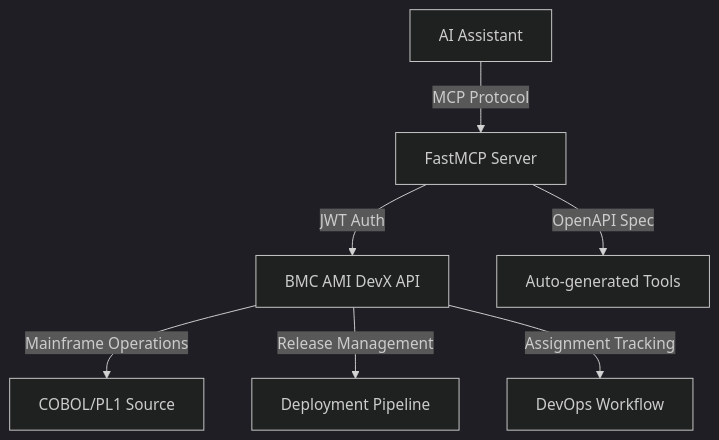
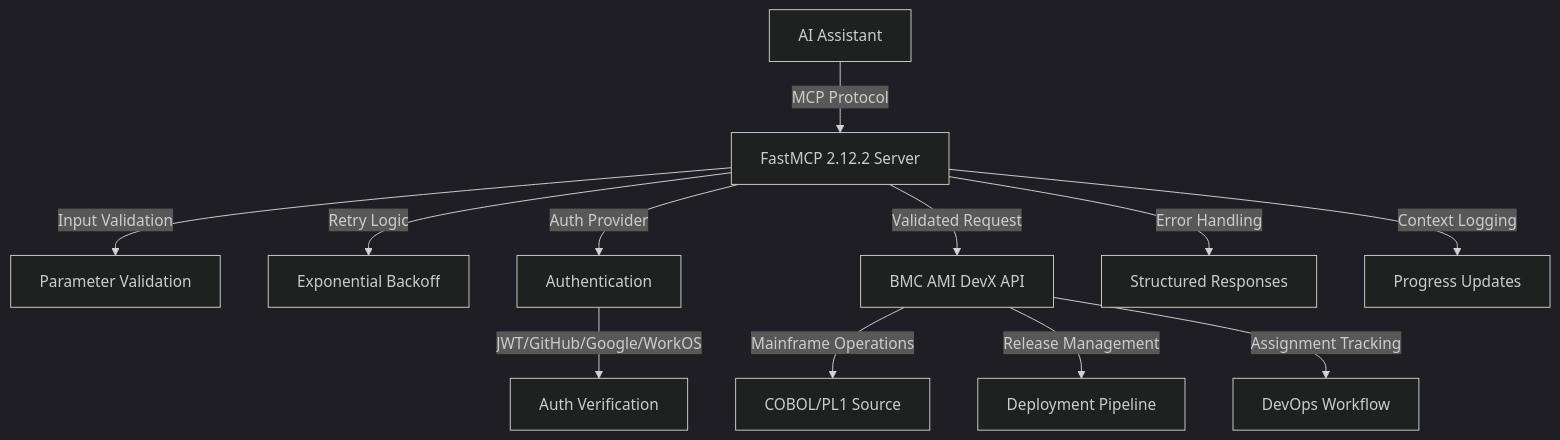
The first of 4 diagrams in README.md (markbsigler/CodePipeline-FastMCP), drawn with Mermaid (dark theme) before and after one commit. The commit also changed other lines of this file and 2 other files, not shown here.

First line of the commit message:
docs: Update comprehensive documentation for FastMCP 2.12.2 implementation

````diff
--- a/README.md
+++ b/README.md
@@ -27,9 +43,14 @@
 ```mermaid
 flowchart TD
-    A[AI Assistant] -->|MCP Protocol| B[FastMCP Server]
-    B -->|JWT Auth| C[BMC AMI DevX API]
-    B -->|OpenAPI Spec| D[Auto-generated Tools]
-    C -->|Mainframe Operations| E[COBOL/PL1 Source]
-    C -->|Release Management| F[Deployment Pipeline]
-    C -->|Assignment Tracking| G[DevOps Workflow]
+    A[AI Assistant] -->|MCP Protocol| B[FastMCP 2.12.2 Server]
+    B -->|Input Validation| V[Parameter Validation]
+    B -->|Retry Logic| R[Exponential Backoff]
+    B -->|Auth Provider| C[Authentication]
+    C -->|JWT/GitHub/Google/WorkOS| D[Auth Verification]
+    B -->|Validated Request| E[BMC AMI DevX API]
+    E -->|Mainframe Operations| F[COBOL/PL1 Source]
+    E -->|Release Management| G[Deployment Pipeline]
+    E -->|Assignment Tracking| H[DevOps Workflow]
+    B -->|Error Handling| I[Structured Responses]
+    B -->|Context Logging| J[Progress Updates]
 ```
````
